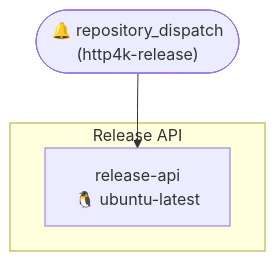
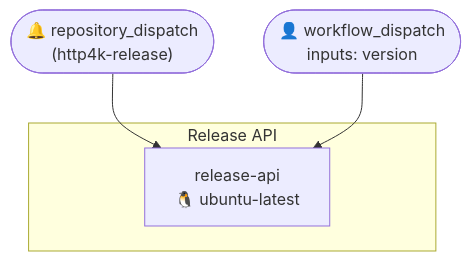
The first of 2 diagrams in .github/typeflows/release-api/README.md (http4k/http4k), drawn with Mermaid before and after one commit. The commit also changed 8 other files, not shown here.

````diff
--- a/.github/typeflows/release-api/README.md
+++ b/.github/typeflows/release-api/README.md
@@ -3,9 +3,11 @@
 ```mermaid
 %%{init: {"flowchart": {"curve": "basis"}}}%%
 flowchart TD
     repositorydispatch(["🔔 repository_dispatch<br/>(http4k-release)"])
+    workflowdispatch(["👤 workflow_dispatch<br/>inputs: version"])
     subgraph releaseapiyml["Release API"]
         releaseapiyml_releaseapi["release-api<br/>🐧 ubuntu-latest"]
     end
     repositorydispatch --> releaseapiyml_releaseapi
+    workflowdispatch --> releaseapiyml_releaseapi
 ```
````
